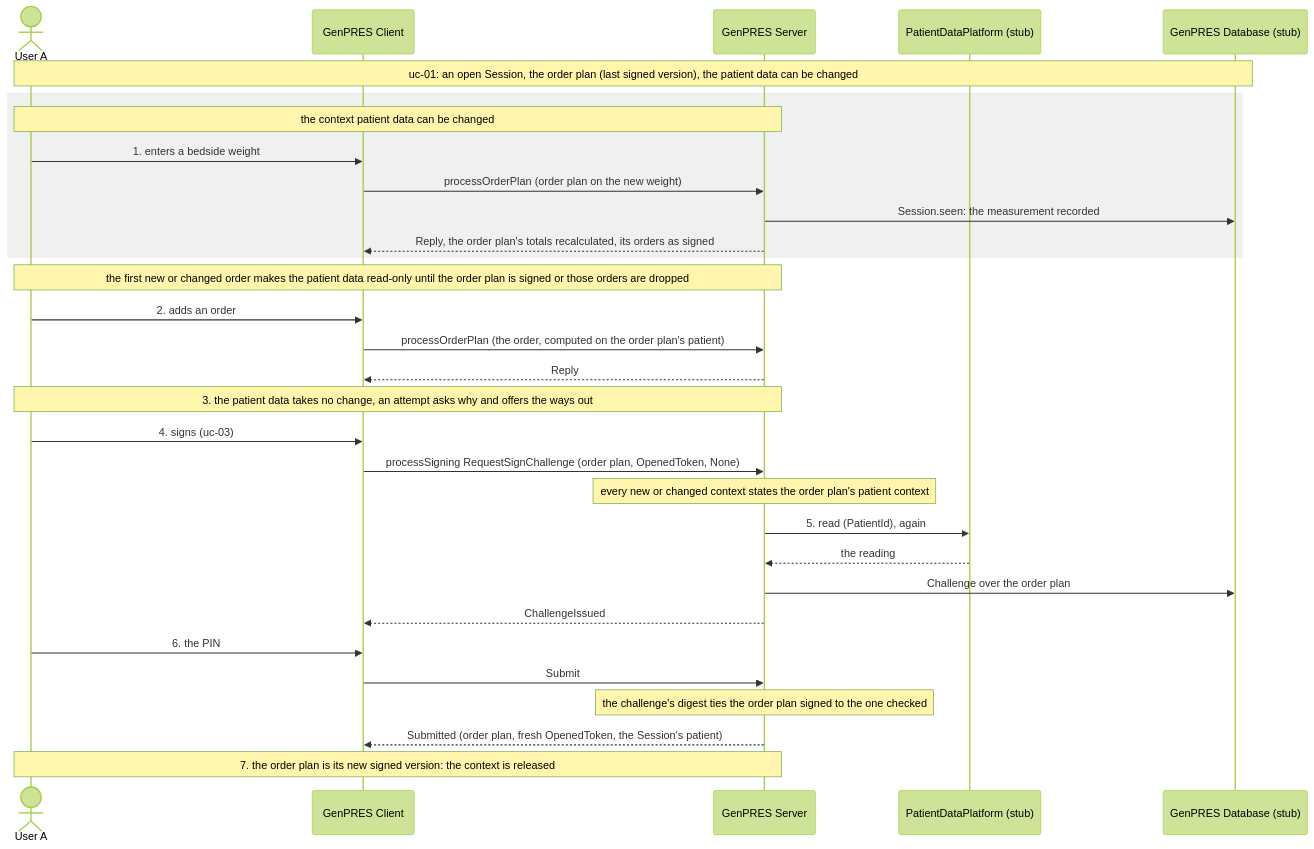
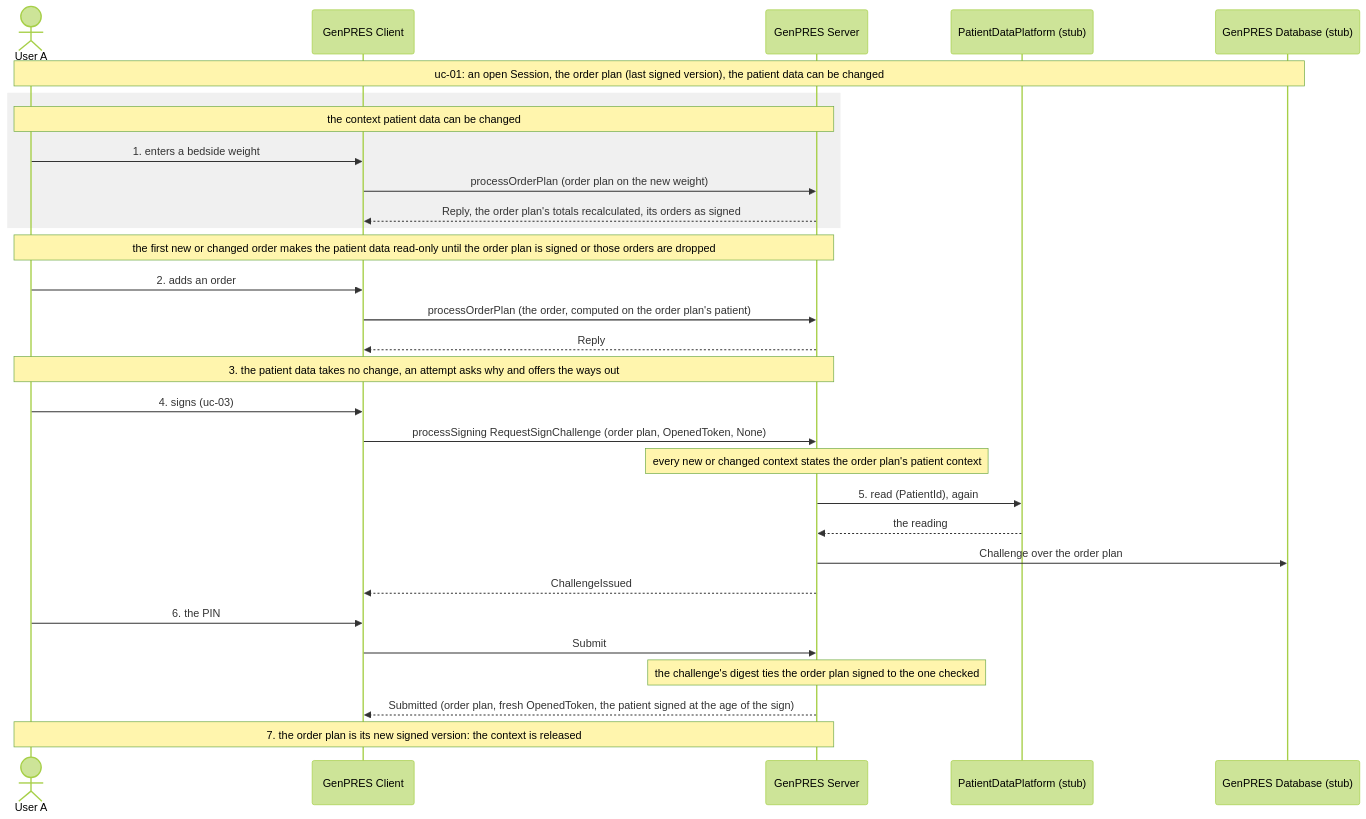
Before and after one commit to informedica/GenPRES: the diagram in docs/scenarios/integration/uc-12-held-patient-context.md, drawn with Mermaid (forest theme). The commit also changed other lines of this file and 4 other files, not shown here.

First line of the commit message:
docs: bring the patient documents up to plan 1599

````diff
--- a/docs/scenarios/integration/uc-12-held-patient-context.md
+++ b/docs/scenarios/integration/uc-12-held-patient-context.md
@@ -21,37 +21,36 @@
 ```mermaid
 sequenceDiagram
     actor U as User A
     participant C as GenPRES Client
     participant S as GenPRES Server
     participant P as PatientDataPlatform (stub)
     participant D as GenPRES Database (stub)
 
     Note over U,D: uc-01: an open Session, the order plan (last signed version), the patient data can be changed
 
     rect rgba(128,128,128,0.12)
     Note over U,S: the context patient data can be changed
     U->>C: 1. enters a bedside weight
     C->>S: processOrderPlan (order plan on the new weight)
-    S->>D: Session.seen: the measurement recorded
     S-->>C: Reply, the order plan's totals recalculated, its orders as signed
     end
 
     Note over U,S: the first new or changed order makes the patient data read-only until the order plan is signed or those orders are dropped
     U->>C: 2. adds an order
     C->>S: processOrderPlan (the order, computed on the order plan's patient)
     S-->>C: Reply
     Note over U,S: 3. the patient data takes no change, an attempt asks why and offers the ways out
 
     U->>C: 4. signs (uc-03)
     C->>S: processSigning RequestSignChallenge (order plan, OpenedToken, None)
     Note over S: every new or changed context states the order plan's patient context
     S->>P: 5. read (PatientId), again
     P-->>S: the reading
     S->>D: Challenge over the order plan
     S-->>C: ChallengeIssued
     U->>C: 6. the PIN
     C->>S: Submit
     Note over S: the challenge's digest ties the order plan signed to the one checked
-    S-->>C: Submitted (order plan, fresh OpenedToken, the Session's patient)
+    S-->>C: Submitted (order plan, fresh OpenedToken, the patient signed at the age of the sign)
     Note over U,S: 7. the order plan is its new signed version: the context is released
 ```
````
